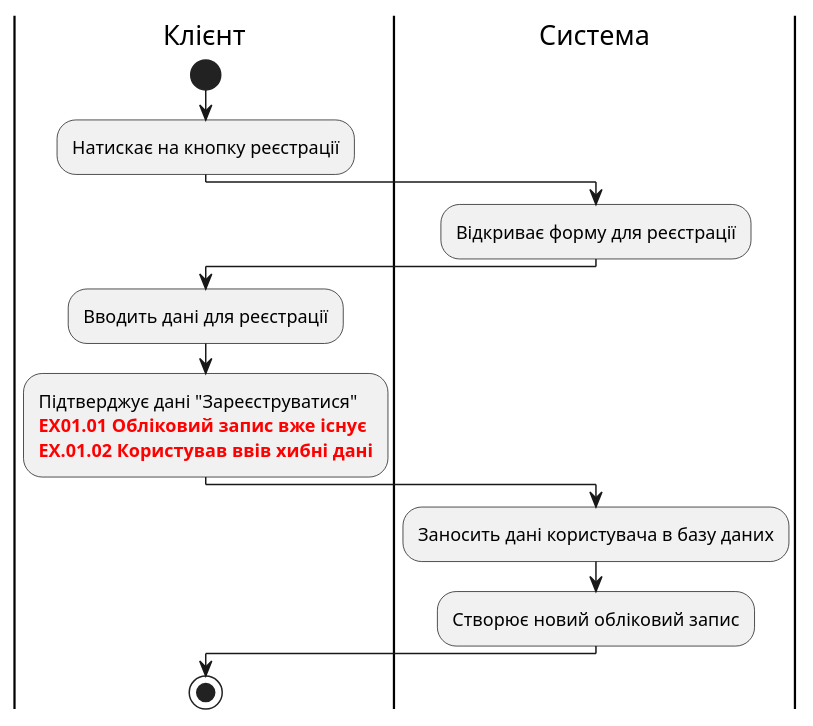
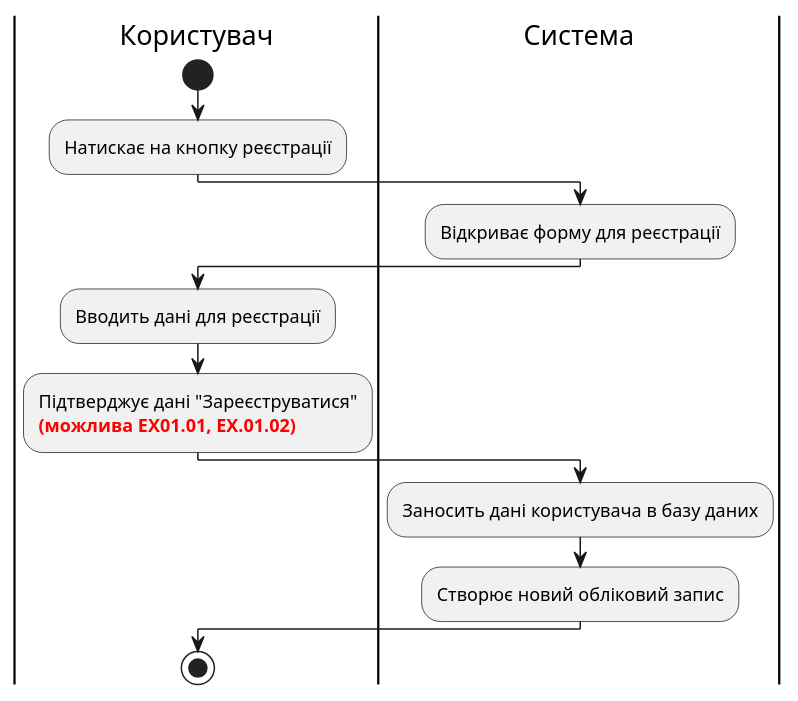
The fifth of 16 diagrams in docs/use cases/README.md (edu-db/edu_db_labs), drawn with PlantUML before and after one commit. The commit also changed other lines of this file, not shown here.

```diff
--- a/docs/use cases/README.md
+++ b/docs/use cases/README.md
@@ -161,22 +161,21 @@
 @startuml
 
-|Клієнт|
+|Користувач|
 start;
 :Натискає на кнопку реєстрації;
 
 |Система|
 :Відкриває форму для реєстрації;
 
-|Клієнт|
+|Користувач|
 :Вводить дані для реєстрації;
 :Підтверджує дані "Зареєструватися"
-<font color="red"><b>EX01.01 Обліковий запис вже існує
-<font color="red"><b>EX.01.02 Користував ввів хибні дані;
+<font color="red"><b>(можлива EX01.01, EX.01.02);
 
 |Система|
 :Заносить дані користувача в базу даних;
 :Створює новий обліковий запис;
 
-|Клієнт|
+|Користувач|
 stop;
 @enduml
```
